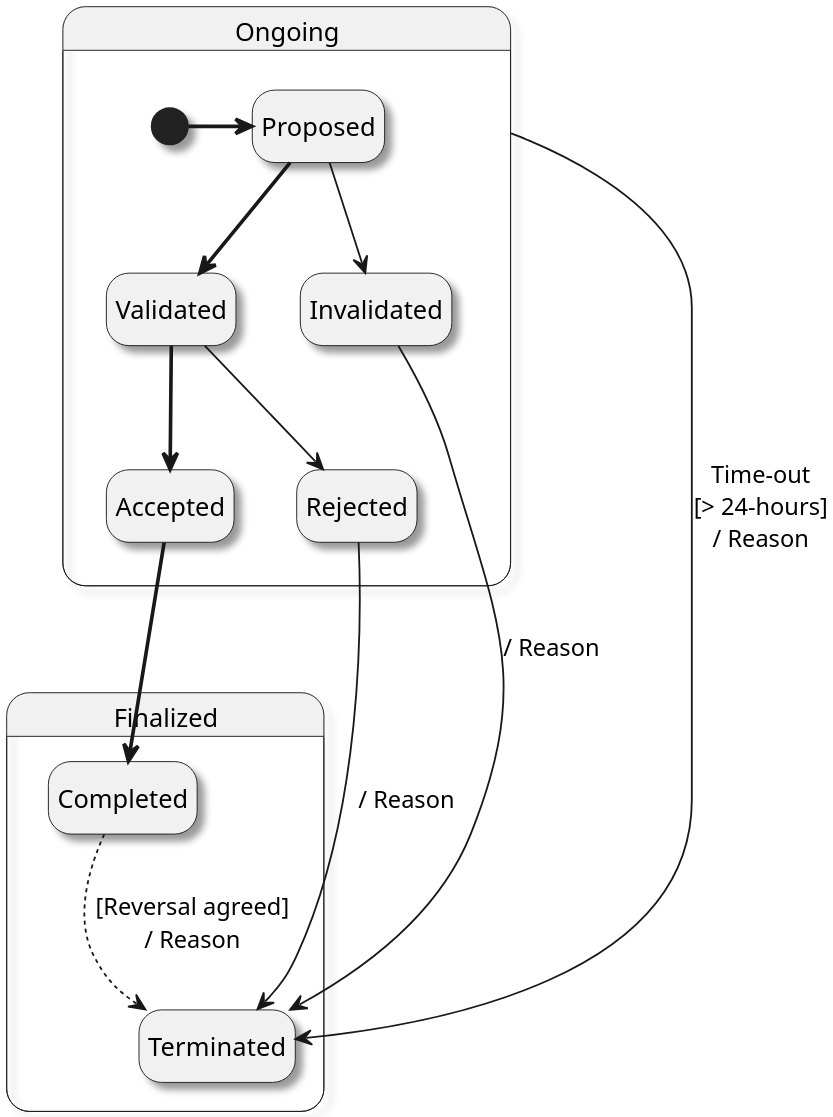
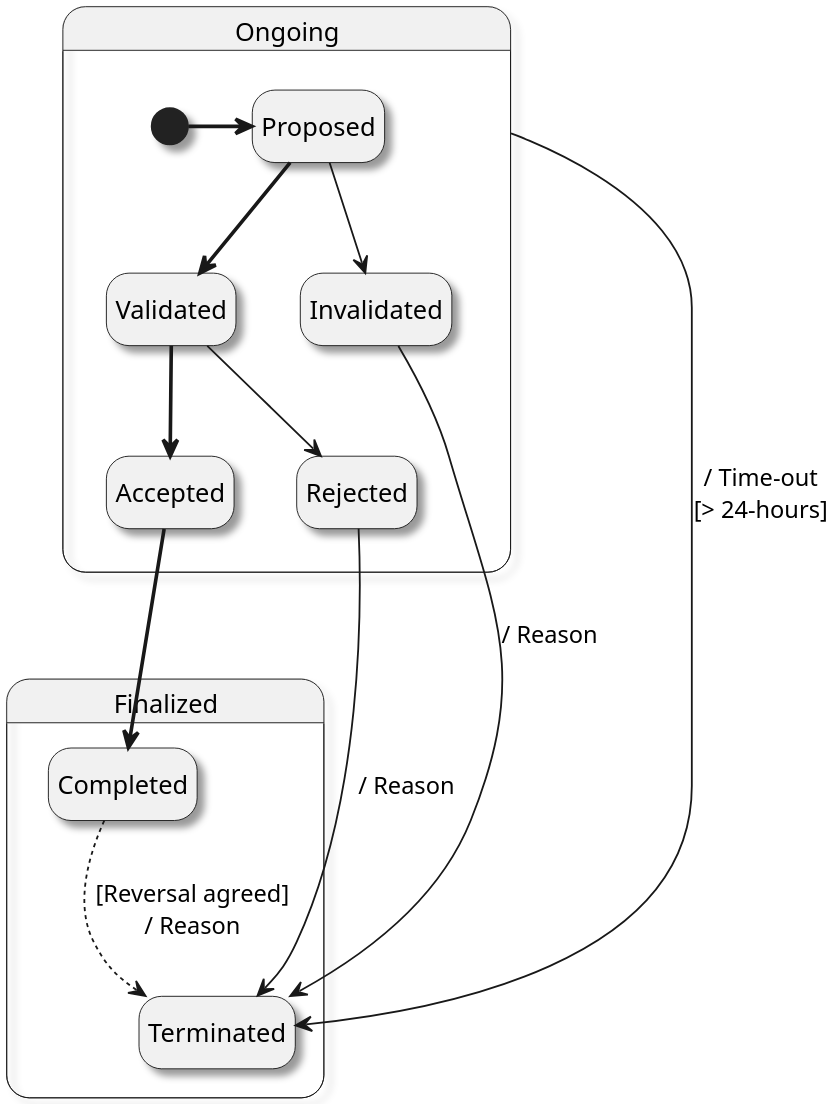
Before and after one commit to frankcnng/CARP: the diagram in diagrams/transactionStatusStateChart.puml, drawn with PlantUML.

Commit message:
Update transactionStatusStateChart.puml
Edited time-out label

```diff
--- a/diagrams/transactionStatusStateChart.puml
+++ b/diagrams/transactionStatusStateChart.puml
@@ -1,28 +1,28 @@
 @startuml Transaction State Chart
 
 skinparam dpi 300
 skinparam monochrome true
 skinparam shadowing true
 
 top to bottom direction
 hide empty description
 
 state "Ongoing" as ip
 
 State ip {
   [*] -[bold]> Proposed
   Proposed -[bold]-> Validated 
   Proposed --> Invalidated
 
   Validated -[bold]-> Accepted
   Validated --> Rejected
 }
 
 State Finalized {
   Accepted -[bold]-> Completed
   Invalidated --> Terminated : / Reason
   Rejected --> Terminated : / Reason
-  ip --> Terminated : Time-out\n[> 24-hours]\n/ Reason 
+  ip --> Terminated : / Time-out\n[> 24-hours] 
   Completed -[dashed]-> Terminated : [Reversal agreed]\n/ Reason
 }
 @enduml
```
